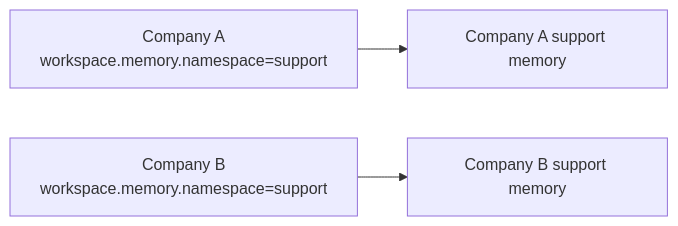
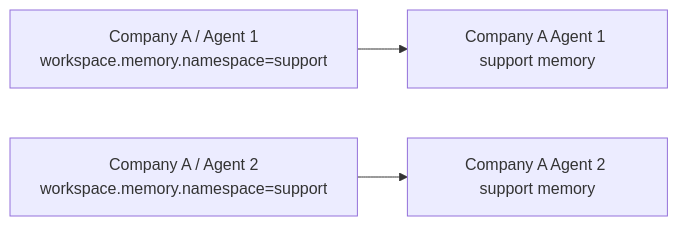
The fourth of 6 diagrams in docs/memory-and-session.md (beeblastco/broods), drawn with Mermaid before and after one commit. The commit also changed other lines of this file and 36 other files, not shown here.

````diff
--- a/docs/memory-and-session.md
+++ b/docs/memory-and-session.md
@@ -65,5 +66,5 @@
 ```mermaid
 flowchart LR
-  A["Company A<br/>workspace.memory.namespace=support"] --> AM["Company A support memory"]
-  B["Company B<br/>workspace.memory.namespace=support"] --> BM["Company B support memory"]
+  A["Company A / Agent 1<br/>workspace.memory.namespace=support"] --> AM["Company A Agent 1 support memory"]
+  B["Company A / Agent 2<br/>workspace.memory.namespace=support"] --> BM["Company A Agent 2 support memory"]
 ```
````
